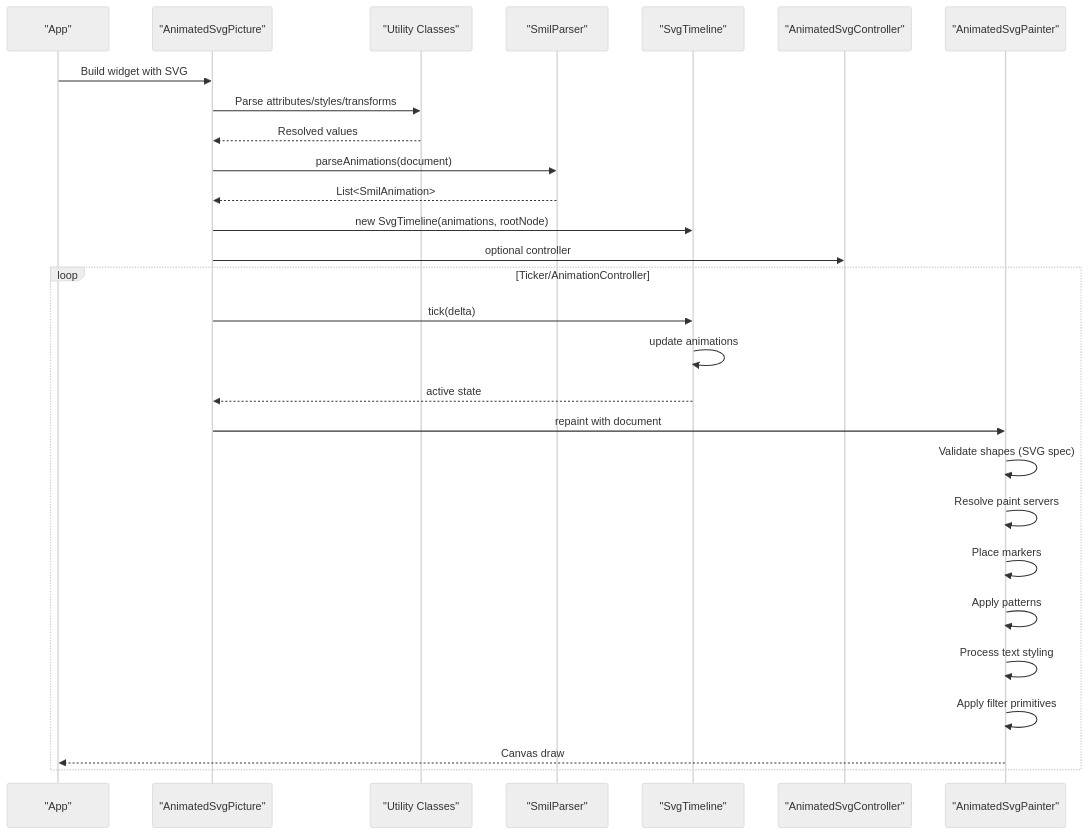
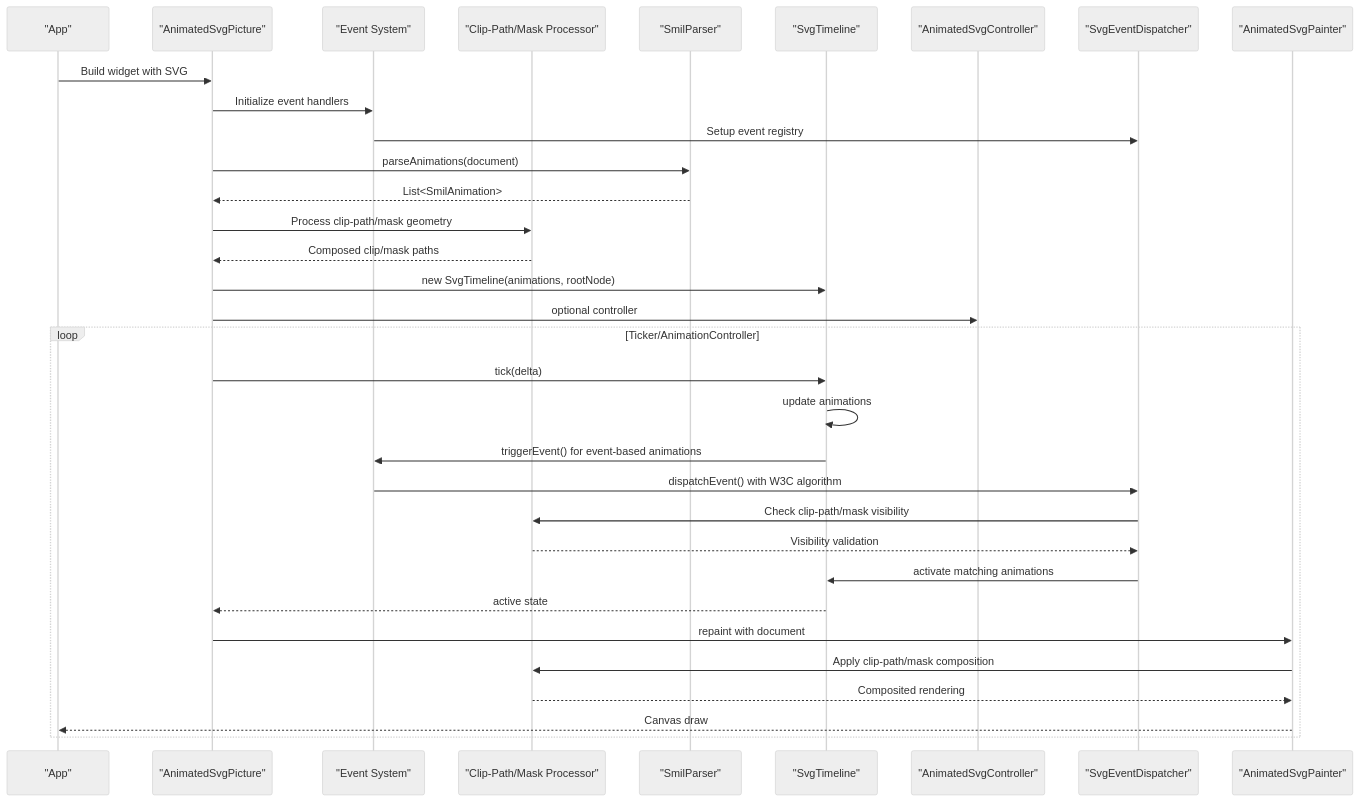
Before and after one commit to denisnadey/flutter_full_svg_support: the second of 26 diagrams in .qoder/repowiki/en/content/Animated SVG Support/Animated SVG Support.md, drawn with Mermaid (neutral theme). The commit also changed other lines of this file and 20 other files, not shown here.

First line of the commit message:
feat(svg): implement comprehensive event handling with pointer and gesture support

````diff
--- a/.qoder/repowiki/en/content/Animated SVG Support/Animated SVG Support.md
+++ b/.qoder/repowiki/en/content/Animated SVG Support/Animated SVG Support.md
@@ -165,30 +203,35 @@
 ```mermaid
 sequenceDiagram
 participant App as "App"
 participant Widget as "AnimatedSvgPicture"
-participant Utils as "Utility Classes"
+participant Events as "Event System"
+participant ClipMask as "Clip-Path/Mask Processor"
 participant Parser as "SmilParser"
 participant Timeline as "SvgTimeline"
 participant Controller as "AnimatedSvgController"
+participant Dispatcher as "SvgEventDispatcher"
 participant Painter as "AnimatedSvgPainter"
 App->>Widget : Build widget with SVG
-Widget->>Utils : Parse attributes/styles/transforms
-Utils-->>Widget : Resolved values
+Widget->>Events : Initialize event handlers
+Events->>Dispatcher : Setup event registry
 Widget->>Parser : parseAnimations(document)
 Parser-->>Widget : List<SmilAnimation>
+Widget->>ClipMask : Process clip-path/mask geometry
+ClipMask-->>Widget : Composed clip/mask paths
 Widget->>Timeline : new SvgTimeline(animations, rootNode)
 Widget->>Controller : optional controller
 loop Ticker/AnimationController
 Widget->>Timeline : tick(delta)
 Timeline->>Timeline : update animations
+Timeline->>Events : triggerEvent() for event-based animations
+Events->>Dispatcher : dispatchEvent() with W3C algorithm
+Dispatcher->>ClipMask : Check clip-path/mask visibility
+ClipMask-->>Dispatcher : Visibility validation
+Dispatcher->>Timeline : activate matching animations
 Timeline-->>Widget : active state
 Widget->>Painter : repaint with document
-Painter->>Painter : Validate shapes (SVG spec)
-Painter->>Painter : Resolve paint servers
-Painter->>Painter : Place markers
-Painter->>Painter : Apply patterns
-Painter->>Painter : Process text styling
-Painter->>Painter : Apply filter primitives
+Painter->>ClipMask : Apply clip-path/mask composition
+ClipMask-->>Painter : Composited rendering
 Painter-->>App : Canvas draw
 end
 ```
````
